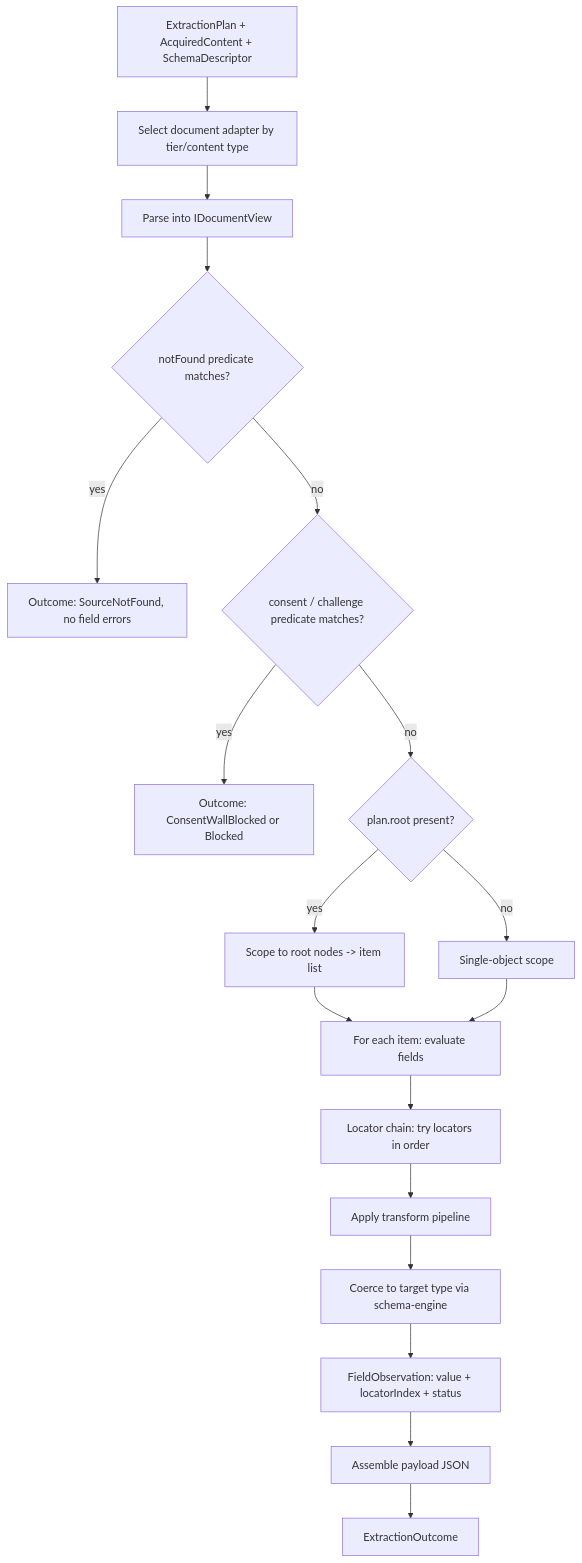
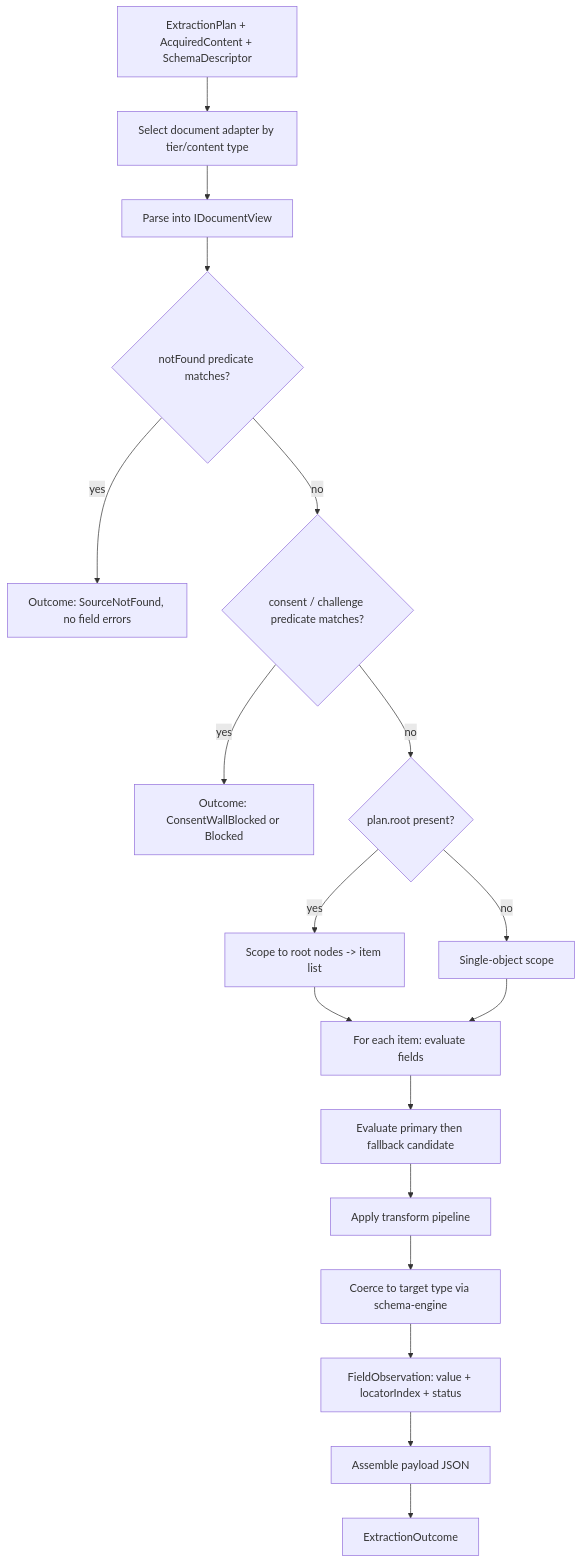
Before and after one commit to sommmen/Sanare: the diagram in docs/features/plan-runtime.md, drawn with Mermaid. The commit also changed other lines of this file and 7 other files, not shown here.

First line of the commit message:
feat(extraction-plan): specify per-field primary and fallback selector pairs (#16)

````diff
--- a/docs/features/plan-runtime.md
+++ b/docs/features/plan-runtime.md
@@ -81,20 +81,20 @@
 ```mermaid
 flowchart TD
     A[ExtractionPlan + AcquiredContent + SchemaDescriptor] --> B[Select document adapter by tier/content type]
     B --> C[Parse into IDocumentView]
     C --> D{notFound predicate matches?}
     D -- yes --> E[Outcome: SourceNotFound, no field errors]
     D -- no --> F{consent / challenge predicate matches?}
     F -- yes --> G[Outcome: ConsentWallBlocked or Blocked]
     F -- no --> H{plan.root present?}
     H -- yes --> I[Scope to root nodes -> item list]
     H -- no --> J[Single-object scope]
     I --> K[For each item: evaluate fields]
     J --> K
-    K --> L[Locator chain: try locators in order]
+    K --> L[Evaluate primary then fallback candidate]
     L --> M[Apply transform pipeline]
     M --> N[Coerce to target type via schema-engine]
     N --> O[FieldObservation: value + locatorIndex + status]
     O --> P[Assemble payload JSON]
     P --> Q[ExtractionOutcome]
 ```
````
